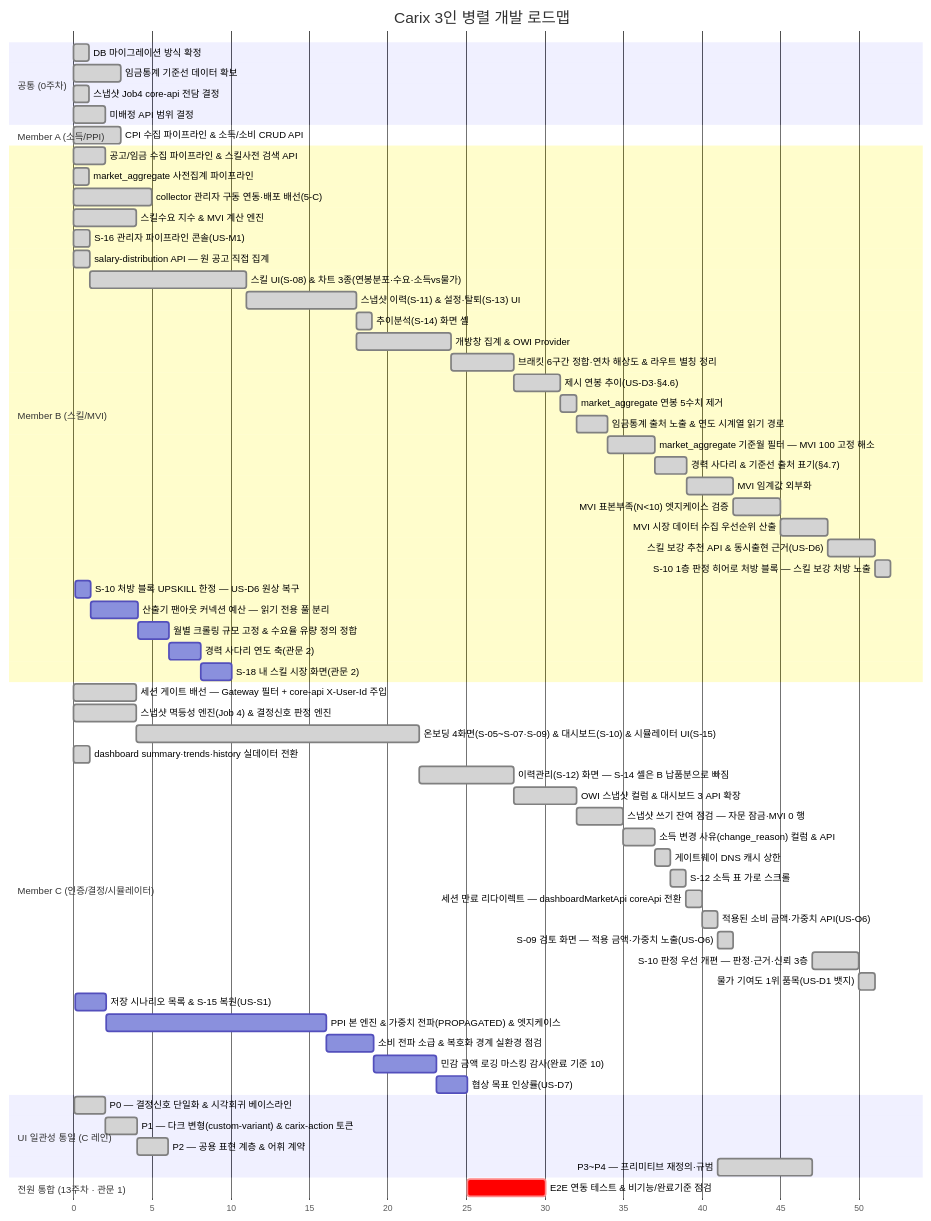
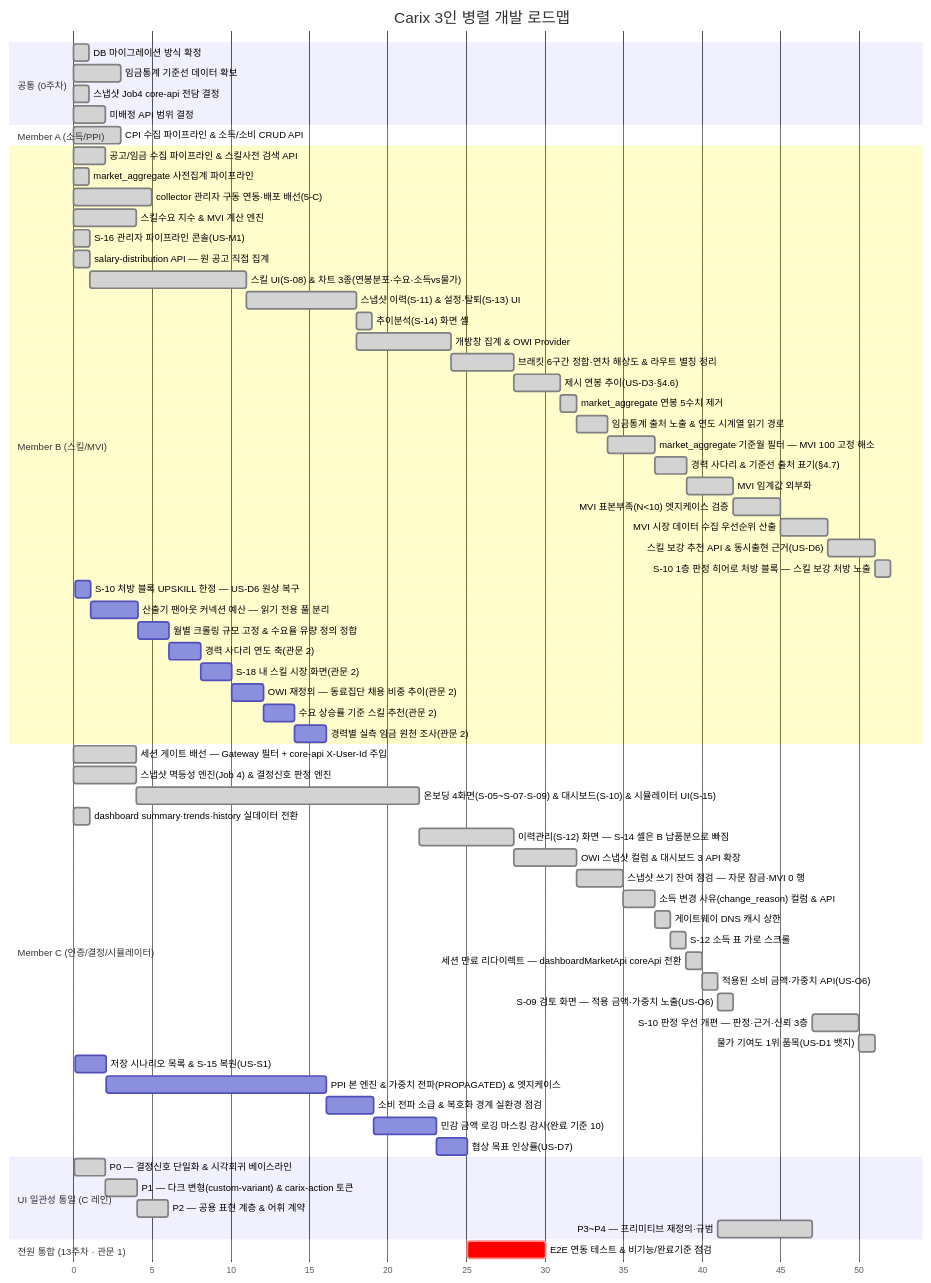
The first of 2 diagrams in docs/plans/carix-dev-plan.md (SeoHyeokGyu/Carix), drawn with Mermaid before and after one commit. The commit also changed other lines of this file, not shown here.

First line of the commit message:
docs: §4 후보를 관문 2 블록으로 올리고 OWI 를 동료집단 채용 비중 추이로 재정의한다

````diff
--- a/docs/plans/carix-dev-plan.md
+++ b/docs/plans/carix-dev-plan.md
@@ -94,68 +94,71 @@
 ```mermaid
 gantt
     title Carix 3인 병렬 개발 로드맵
     dateFormat X
     axisFormat %s
     section 공통 (0주차)
     DB 마이그레이션 방식 확정 :done, c0a, 0, 1s
     임금통계 기준선 데이터 확보 :done, a0, 3, 3s
     스냅샷 Job4 core-api 전담 결정 :done, i0, 7, 1s
     미배정 API 범위 결정 :done, c0, 7, 2s
     section Member A (소득/PPI)
     CPI 수집 파이프라인 & 소득/소비 CRUD API :done, a1, 12, 3s
     section Member B (스킬/MVI)
     공고/임금 수집 파이프라인 & 스킬사전 검색 API :done, b1, 2, 2s
     market_aggregate 사전집계 파이프라인 :done, b2a, 3, 1s
     collector 관리자 구동 연동·배포 배선(5-C) :done, b0, 7, 5s
     스킬수요 지수 & MVI 계산 엔진 :done, b2, 8, 4s
     S-16 관리자 파이프라인 콘솔(US-M1) :done, b16, 14, 1s
     salary-distribution API — 원 공고 직접 집계 :done, b3a, 15, 1s
     스킬 UI(S-08) & 차트 3종(연봉분포·수요·소득vs물가) :done, b3, after b3a, 10s
     스냅샷 이력(S-11) & 설정·탈퇴(S-13) UI :done, b4, after b3, 7s
     추이분석(S-14) 화면 셸 :done, b4a, after b4, 1s
     개방창 집계 & OWI Provider :done, b6, after b4, 6s
     브래킷 6구간 정합·연차 해상도 & 라우트 별칭 정리 :done, b7, after b6, 4s
     제시 연봉 추이(US-D3·§4.6) :done, b10, after b7, 3s
     market_aggregate 연봉 5수치 제거 :done, b11, after b10, 1s
     임금통계 출처 노출 & 연도 시계열 읽기 경로 :done, b13, after b11, 2s
     market_aggregate 기준월 필터 — MVI 100 고정 해소 :done, b18, after b13, 3s
     경력 사다리 & 기준선 출처 표기(§4.7) :done, b12, after b18, 2s
     MVI 임계값 외부화 :done, b8, after b12, 3s
     MVI 표본부족(N<10) 엣지케이스 검증 :done, b8a, after b8, 3s
     MVI 시장 데이터 수집 우선순위 산출 :done, b8b, after b8a, 3s
     스킬 보강 추천 API & 동시출현 근거(US-D6) :done, b9, after b8b, 3s
     S-10 1층 판정 히어로 처방 블록 — 스킬 보강 처방 노출 :done, b15, after b9, 1s
     S-10 처방 블록 UPSKILL 한정 — US-D6 원상 복구 :b20, 83, 1s
     산출기 팬아웃 커넥션 예산 — 읽기 전용 풀 분리 :b17, after b20, 3s
     월별 크롤링 규모 고정 & 수요율 유량 정의 정합 :b21, after b17, 2s
     경력 사다리 연도 축(관문 2) :b14, after b21, 2s
     S-18 내 스킬 시장 화면(관문 2) :b19, after b14, 2s
+    OWI 재정의 — 동료집단 채용 비중 추이(관문 2) :b22, after b19, 2s
+    수요 상승률 기준 스킬 추천(관문 2) :b23, after b22, 2s
+    경력별 실측 임금 원천 조사(관문 2) :b24, after b23, 2s
     section Member C (인증/결정/시뮬레이터)
     세션 게이트 배선 — Gateway 필터 + core-api X-User-Id 주입 :done, c0b, 7, 4s
     스냅샷 멱등성 엔진(Job 4) & 결정신호 판정 엔진 :done, c2, 8, 4s
     온보딩 4화면(S-05~S-07·S-09) & 대시보드(S-10) & 시뮬레이터 UI(S-15) :done, c3, after c2, 18s
     dashboard summary·trends·history 실데이터 전환 :done, c4a, 15, 1s
     이력관리(S-12) 화면 — S-14 셸은 B 납품분으로 빠짐 :done, c4, after c3, 6s
     OWI 스냅샷 컬럼 & 대시보드 3 API 확장 :done, c6, after c4, 4s
     스냅샷 쓰기 잔여 점검 — 자문 잠금·MVI 0 행 :done, c5, after c6, 3s
     소득 변경 사유(change_reason) 컬럼 & API :done, c10, after c5, 2s
     게이트웨이 DNS 캐시 상한 :done, c7, after c10, 1s
     S-12 소득 표 가로 스크롤 :done, c13, after c7, 1s
     세션 만료 리다이렉트 — dashboardMarketApi coreApi 전환 :done, c16, after c13, 1s
     적용된 소비 금액·가중치 API(US-O6) :done, c11, after c16, 1s
     S-09 검토 화면 — 적용 금액·가중치 노출(US-O6) :done, c17, after c11, 1s
     S-10 판정 우선 개편 — 판정·근거·신뢰 3층 :done, c15, after ui3, 3s
     물가 기여도 1위 품목(US-D1 뱃지) :done, c12, after c15, 1s
     저장 시나리오 목록 & S-15 복원(US-S1) :c9, 83, 2s
     PPI 본 엔진 & 가중치 전파(PROPAGATED) & 엣지케이스 :a2, after c9, 14s
     소비 전파 소급 & 복호화 경계 실환경 점검 :a12, after a2, 3s
     민감 금액 로깅 마스킹 감사(완료 기준 10) :a7, after a12, 4s
     협상 목표 인상률(US-D7) :c8, after a7, 2s
     section UI 일관성 통일 (C 레인)
     P0 — 결정신호 단일화 & 시각회귀 베이스라인 :done, ui0, 33, 2s
     P1 — 다크 변형(custom-variant) & carix-action 토큰 :done, ui1, after ui0, 2s
     P2 — 공용 표현 계층 & 어휘 계약 :done, ui2, after ui1, 2s
     P3~P4 — 프리미티브 재정의·규범 :done, ui3, after c11, 6s
     section 전원 통합 (13주차 · 관문 1)
     E2E 연동 테스트 & 비기능/완료기준 점검 :crit, e2e, after b21 c8, 5s
 ```
````
